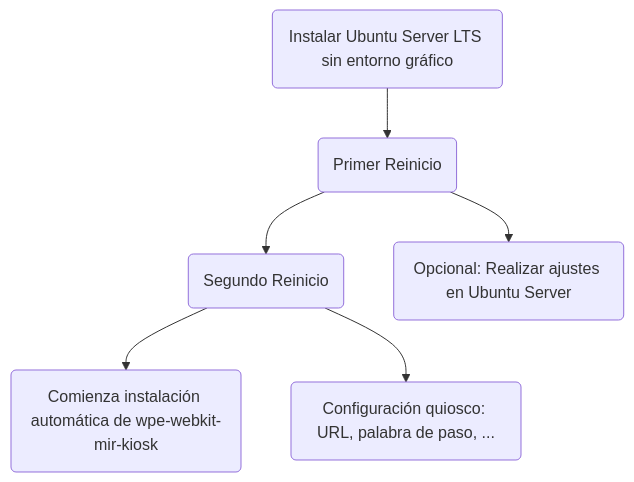
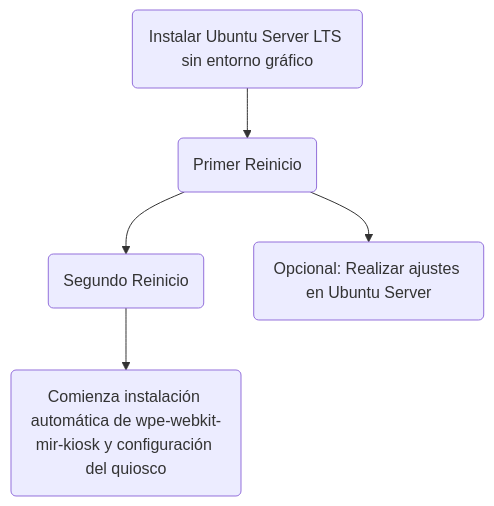
The diagram in README.md (digitaliza-aapp/test), drawn with Mermaid before and after one commit.

````diff
--- a/README.md
+++ b/README.md
@@ -52,8 +52,7 @@
 ```mermaid
 graph TD;
     Server(Instalar Ubuntu Server LTS sin entorno gráfico)-->1_Reinicio(Primer reinicio del sistema);
     1_Reinicio-->2_Reinicio(Segundo Reinicio);
-    2_Reinicio-->Wpe-webkit(Comienza instalación automática de wpe-webkit-mir-kiosk);
-    2_Reinicio-->Configuracion_Kiosk(Configuración quiosco: URL, palabra de paso, ...);
+    2_Reinicio-->Wpe-webkit(Comienza instalación automática de wpe-webkit-mir-kiosk y configuración del quiosco);
     1_Reinicio(Primer Reinicio)-->Opcional_1_Reinicio(Opcional: Realizar ajustes en Ubuntu Server);
 ```
````
